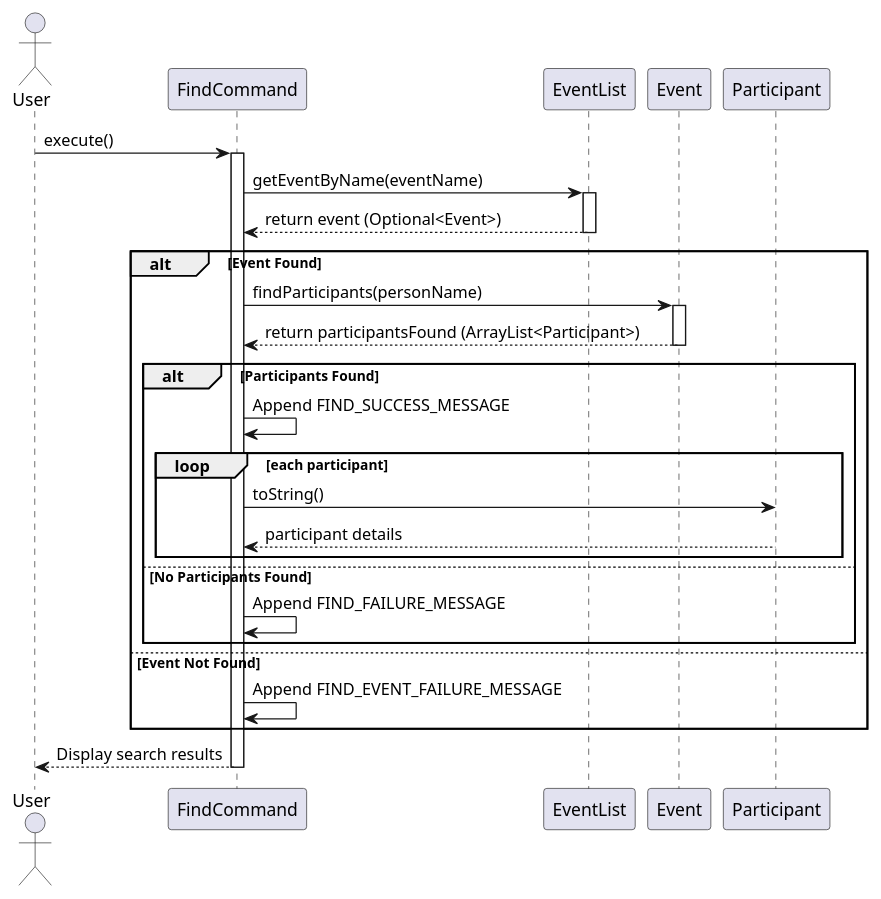
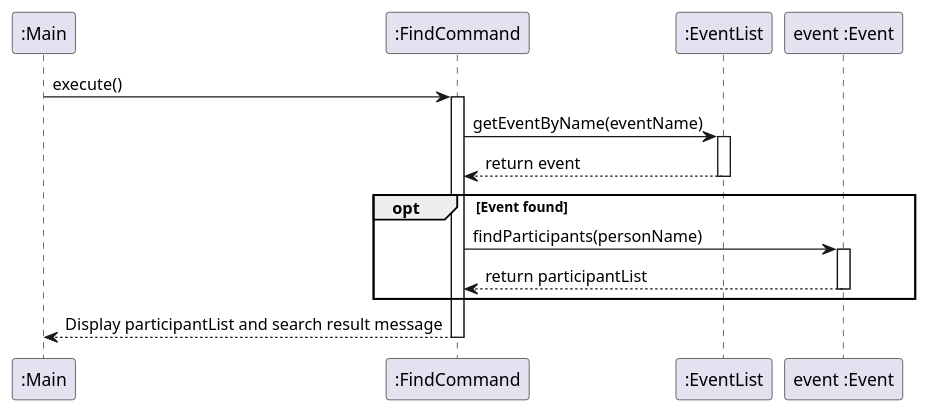
Before and after one commit to nus-cs2113-AY2425S1/tp: the diagram in docs/diagrams/FindCommandSequenceDiagram.puml, drawn with PlantUML. The commit also changed 3 other files, not shown here.

Commit message:
Edited sequence diagrams for copy, find, filter and sort commands

```diff
--- a/docs/diagrams/FindCommandSequenceDiagram.puml
+++ b/docs/diagrams/FindCommandSequenceDiagram.puml
@@ -1,38 +1,25 @@
 @startuml
-actor User
-participant "FindCommand" as FC
-participant "EventList" as EL
-participant "Event" as E
-participant "Participant" as P
+participant ":Main" as Main
+participant ":FindCommand" as FC
+participant ":EventList" as EL
+participant "event :Event" as E
 
-User -> FC: execute()
+Main -> FC: execute()
 activate FC
 FC -> EL: getEventByName(eventName)
 activate EL
-EL --> FC: return event (Optional<Event>)
+EL --> FC: return event
 deactivate EL
 
-alt Event Found
+opt Event found
     FC -> E: findParticipants(personName)
     activate E
-    E --> FC: return participantsFound (ArrayList<Participant>)
+    E --> FC: return participantList
     deactivate E
 
-    alt Participants Found
-        FC -> FC: Append FIND_SUCCESS_MESSAGE
-        loop each participant
-            FC -> P: toString()
-            P --> FC: participant details
-        end loop
-    else No Participants Found
-        FC -> FC: Append FIND_FAILURE_MESSAGE
-    end alt
+end opt
 
-else Event Not Found
-    FC -> FC: Append FIND_EVENT_FAILURE_MESSAGE
-end alt
-
-FC --> User: Display search results
+FC --> Main: Display participantList and search result message
 deactivate FC
 
 @enduml
```
